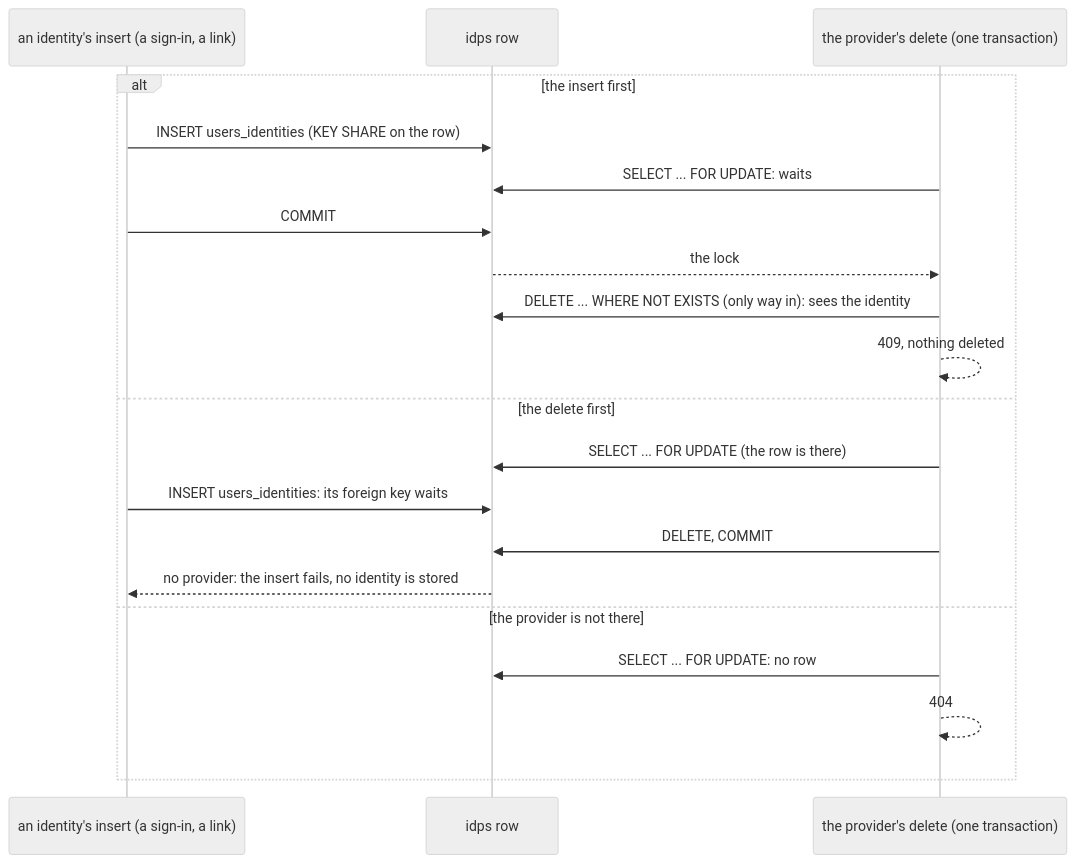
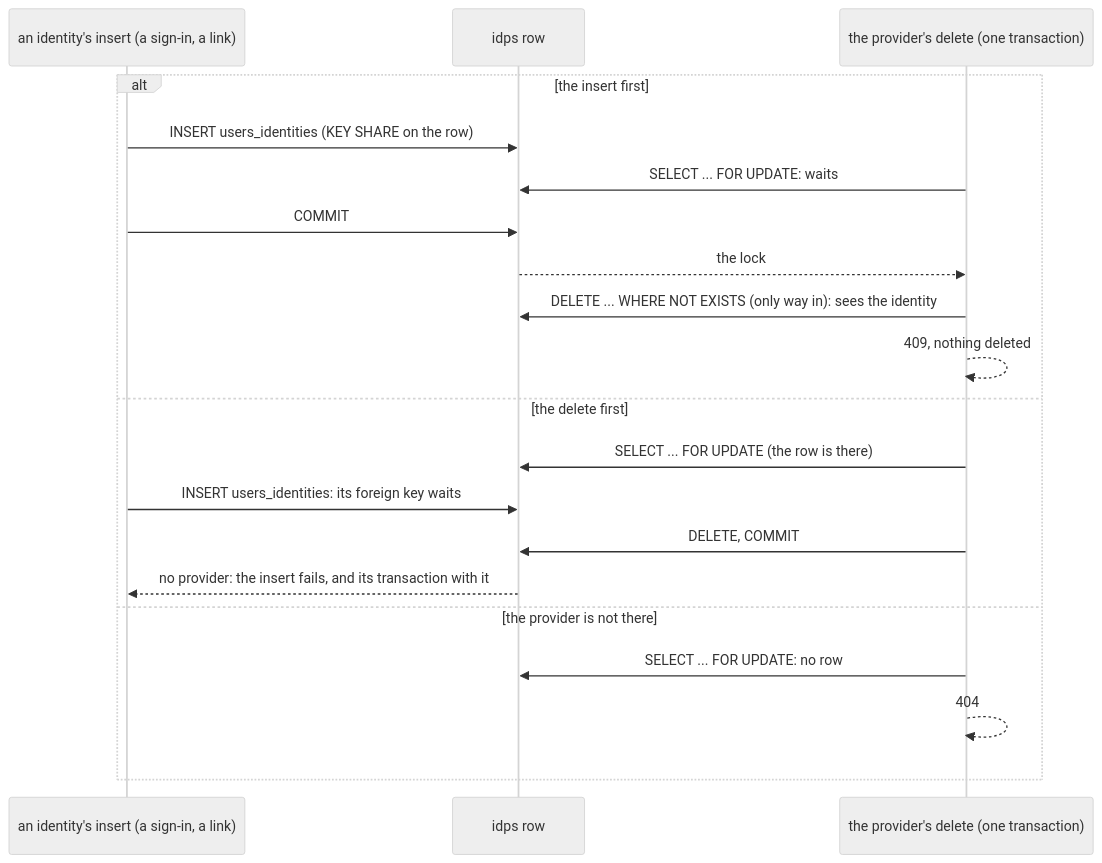
The sixth of 8 diagrams in docs/architecture/identity-providers.md (p2p-b2b/go-rest-api-service-template), drawn with Mermaid (neutral theme) before and after one commit. The commit also changed other lines of this file and 22 other files, not shown here.

First line of the commit message:
fix(idps): a first sign-in stores the account and its identity in one transaction (#151)

````diff
--- a/docs/architecture/identity-providers.md
+++ b/docs/architecture/identity-providers.md
@@ -311,22 +375,22 @@
 ```mermaid
 sequenceDiagram
     participant S as an identity's insert (a sign-in, a link)
     participant DB as idps row
     participant D as the provider's delete (one transaction)
     alt the insert first
         S->>DB: INSERT users_identities (KEY SHARE on the row)
         D->>DB: SELECT ... FOR UPDATE: waits
         S->>DB: COMMIT
         DB-->>D: the lock
         D->>DB: DELETE ... WHERE NOT EXISTS (only way in): sees the identity
         D-->>D: 409, nothing deleted
     else the delete first
         D->>DB: SELECT ... FOR UPDATE (the row is there)
         S->>DB: INSERT users_identities: its foreign key waits
         D->>DB: DELETE, COMMIT
-        DB-->>S: no provider: the insert fails, no identity is stored
+        DB-->>S: no provider: the insert fails, and its transaction with it
     else the provider is not there
         D->>DB: SELECT ... FOR UPDATE: no row
         D-->>D: 404
     end
 ```
````
